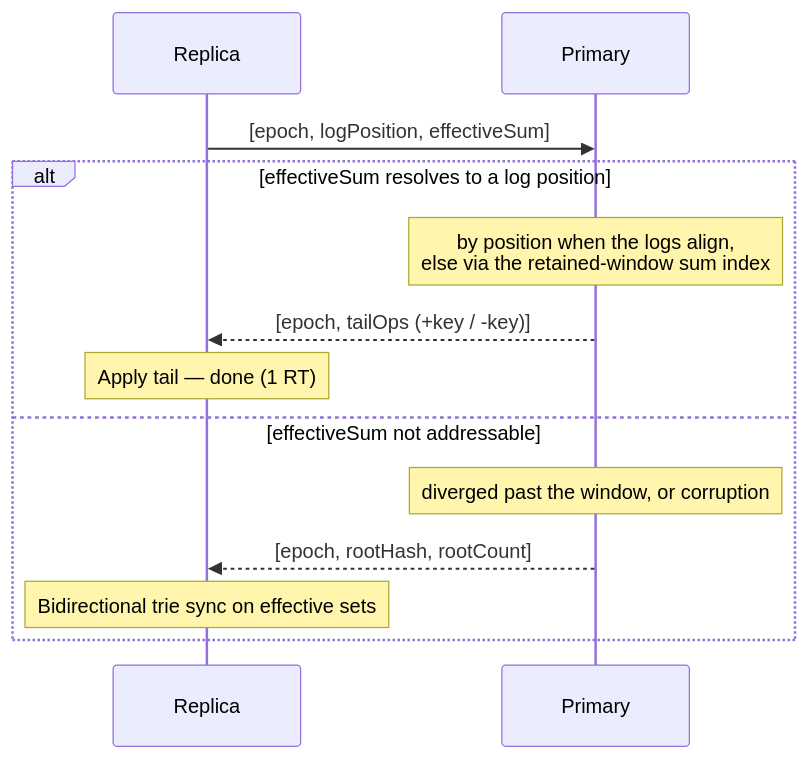
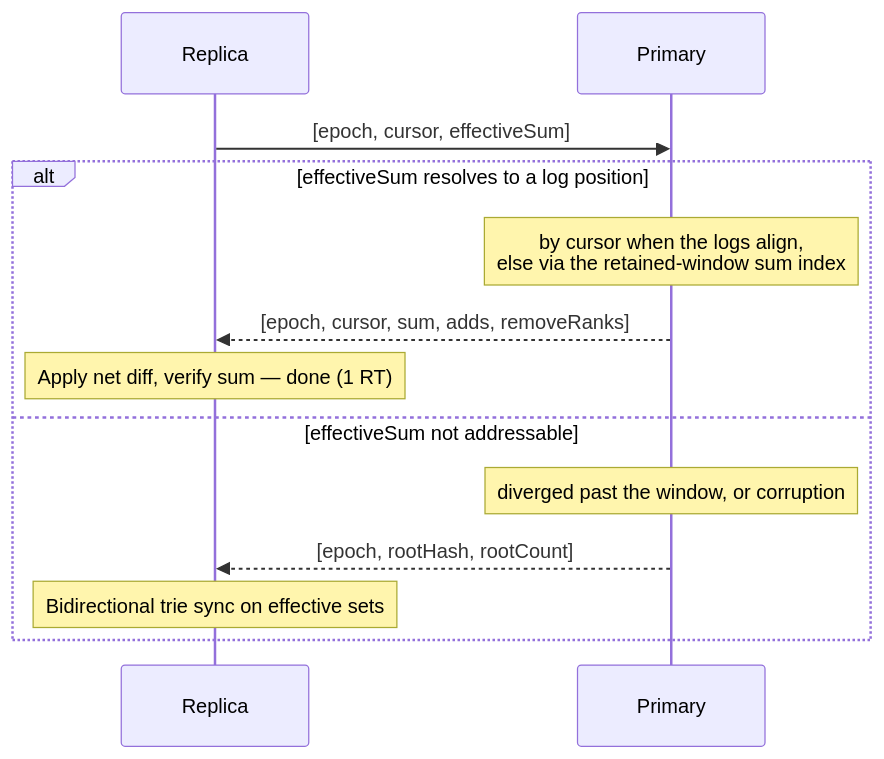
Before and after one commit to arj03/setsum-cs: the first of 2 diagrams in SetSum/Sync/README.md, drawn with Mermaid. The commit also changed other lines of this file and 18 other files, not shown here.

````diff
--- a/SetSum/Sync/README.md
+++ b/SetSum/Sync/README.md
@@ -51,17 +67,17 @@
 ```mermaid
 sequenceDiagram
     participant R as Replica
     participant P as Primary
 
-    R->>P: [epoch, logPosition, effectiveSum]
+    R->>P: [epoch, cursor, effectiveSum]
 
     alt effectiveSum resolves to a log position
-        Note over P: by position when the logs align,<br/>else via the retained-window sum index
-        P-->>R: [epoch, tailOps (+key / -key)]
-        Note over R: Apply tail — done (1 RT)
+        Note over P: by cursor when the logs align,<br/>else via the retained-window sum index
+        P-->>R: [epoch, cursor, sum, adds, removeRanks]
+        Note over R: Apply net diff, verify sum — done (1 RT)
     else effectiveSum not addressable
         Note over P: diverged past the window, or corruption
         P-->>R: [epoch, rootHash, rootCount]
         Note over R: Bidirectional trie sync on effective sets
     end
 ```
````
